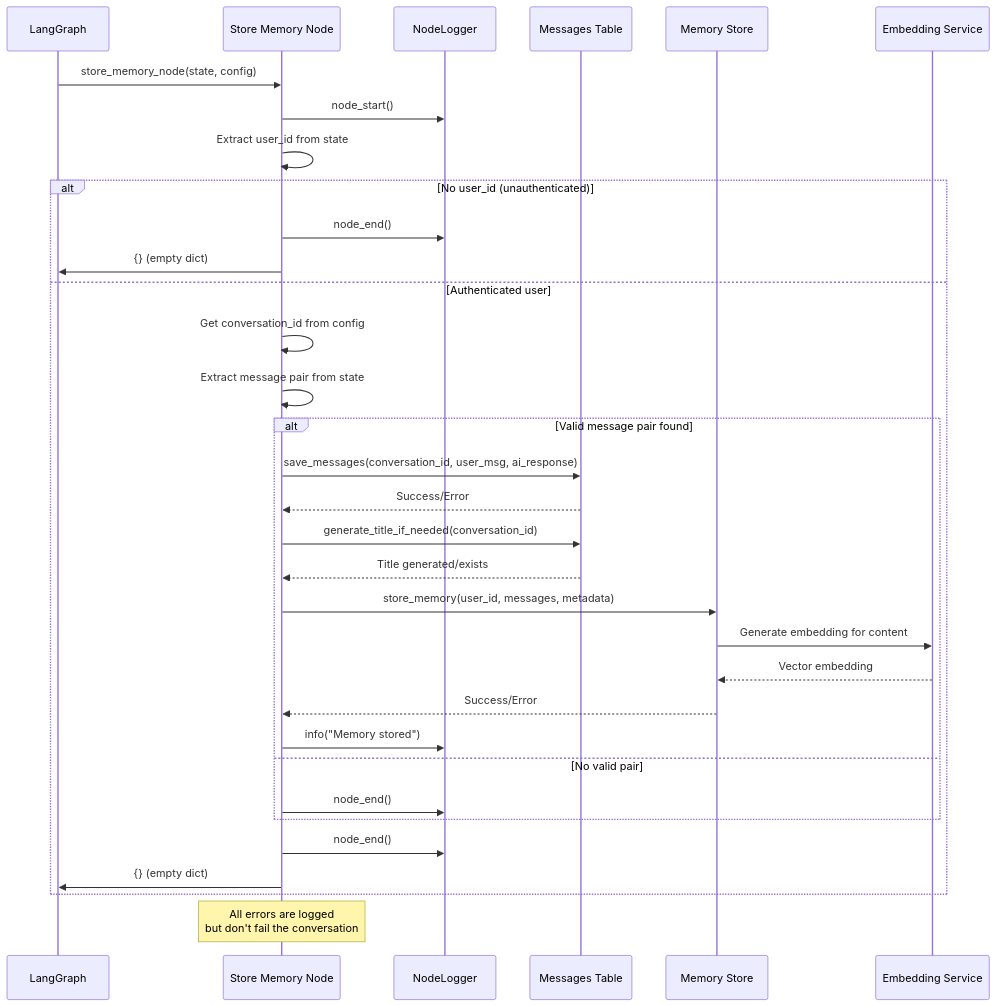
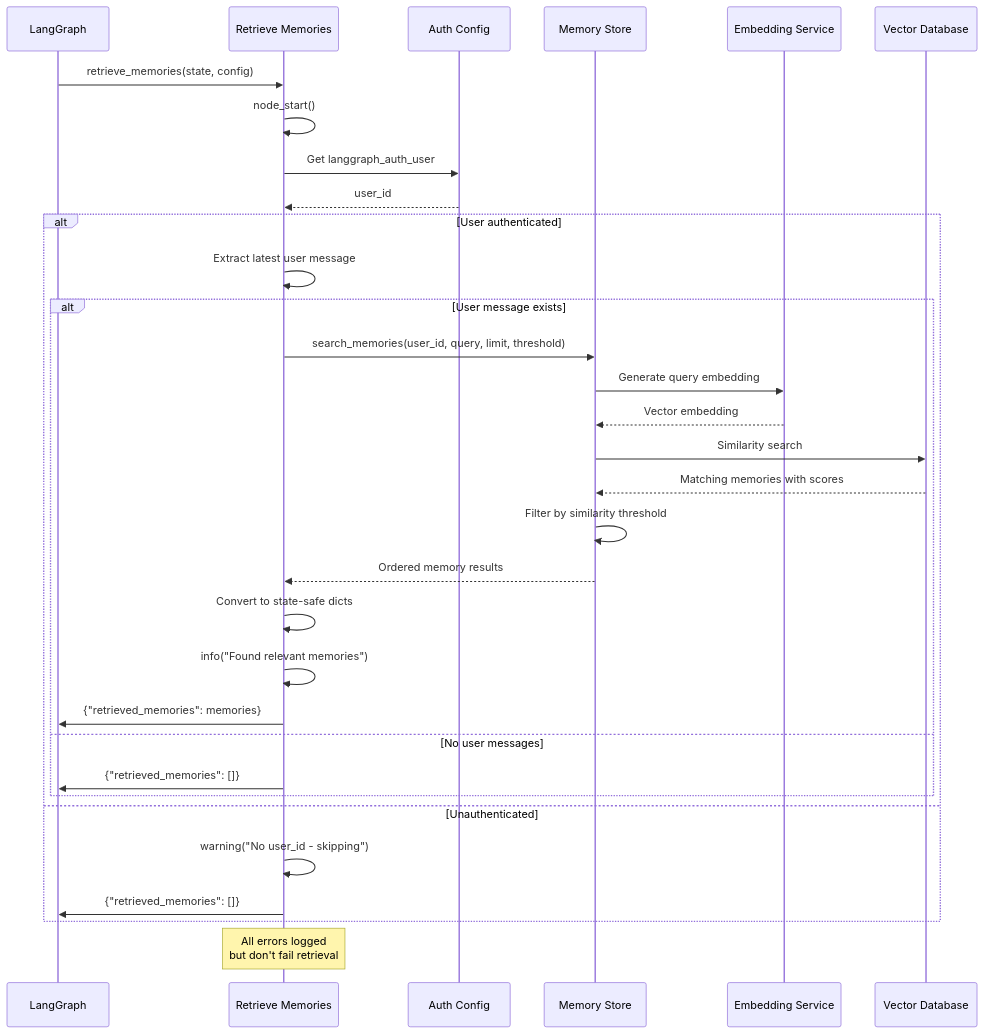
The second of 5 diagrams in docs/ai/langgraph.md (tweezerchef/Wbot), drawn with Mermaid before and after one commit. The commit also changed other lines of this file and 3 other files, not shown here.

````diff
--- a/docs/ai/langgraph.md
+++ b/docs/ai/langgraph.md
@@ -123,43 +135,40 @@
 ```mermaid
 sequenceDiagram
     participant Graph as LangGraph
-    participant Node as Store Memory Node
-    participant Logger as NodeLogger
-    participant Messages as Messages Table
-    participant Memory as Memory Store
+    participant Node as Retrieve Memories
+    participant Auth as Auth Config
+    participant Store as Memory Store
     participant Embeddings as Embedding Service
+    participant Vector as Vector Database
 
-    Graph->>Node: store_memory_node(state, config)
-    Node->>Logger: node_start()
+    Graph->>Node: retrieve_memories(state, config)
+    Node->>Node: node_start()
 
-    Node->>Node: Extract user_id from state
-    alt No user_id (unauthenticated)
-        Node->>Logger: node_end()
-        Node->>Graph: {} (empty dict)
-    else Authenticated user
-        Node->>Node: Get conversation_id from config
-        Node->>Node: Extract message pair from state
+    Node->>Auth: Get langgraph_auth_user
+    Auth-->>Node: user_id
 
-        alt Valid message pair found
-            Node->>Messages: save_messages(conversation_id, user_msg, ai_response)
-            Messages-->>Node: Success/Error
+    alt User authenticated
+        Node->>Node: Extract latest user message
 
-            Node->>Messages: generate_title_if_needed(conversation_id)
-            Messages-->>Node: Title generated/exists
+        alt User message exists
+            Node->>Store: search_memories(user_id, query, limit, threshold)
+            Store->>Embeddings: Generate query embedding
+            Embeddings-->>Store: Vector embedding
+            Store->>Vector: Similarity search
+            Vector-->>Store: Matching memories with scores
+            Store->>Store: Filter by similarity threshold
+            Store-->>Node: Ordered memory results
 
-            Node->>Memory: store_memory(user_id, messages, metadata)
-            Memory->>Embeddings: Generate embedding for content
-            Embeddings-->>Memory: Vector embedding
-            Memory-->>Node: Success/Error
-
-            Node->>Logger: info("Memory stored")
-        else No valid pair
-            Node->>Logger: node_end()
+            Node->>Node: Convert to state-safe dicts
+            Node->>Node: info("Found relevant memories")
+            Node->>Graph: {"retrieved_memories": memories}
+        else No user messages
+            Node->>Graph: {"retrieved_memories": []}
         end
-
-        Node->>Logger: node_end()
-        Node->>Graph: {} (empty dict)
+    else Unauthenticated
+        Node->>Node: warning("No user_id - skipping")
+        Node->>Graph: {"retrieved_memories": []}
     end
 
-    Note over Node: All errors are logged<br/>but don't fail the conversation
+    Note over Node: All errors logged<br/>but don't fail retrieval
 ```
````
